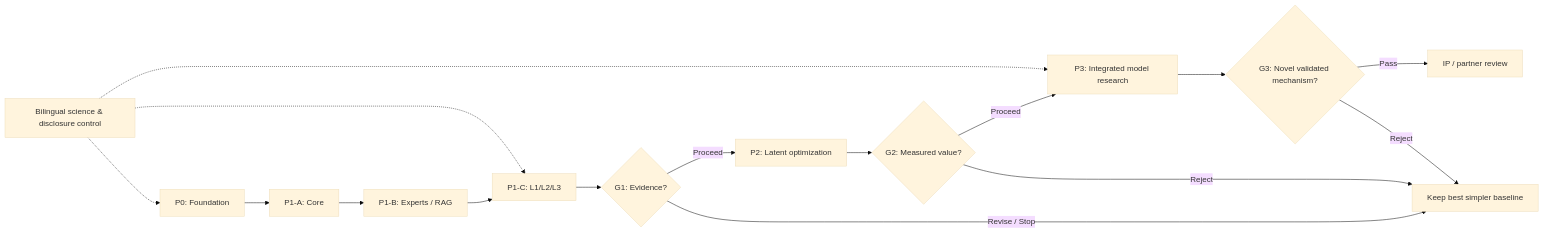
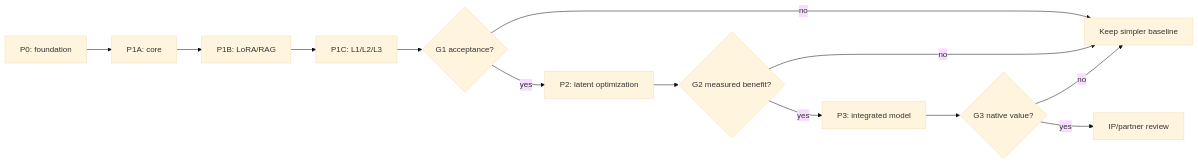
Before and after one commit to khosravimm/dec-research: the diagram in docs/en/roadmap.md, drawn with Mermaid (base theme). The commit also changed other lines of this file and 7 other files, not shown here.

Commit message:
fix: restore verified UTF-8 Persian roadmap and link 35 GitHub issues

````diff
--- a/docs/en/roadmap.md
+++ b/docs/en/roadmap.md
@@ -40,18 +36,15 @@
 ```mermaid
 flowchart LR
-    P0["P0: Foundation"] --> P1A["P1-A: Core"]
-    P1A --> P1B["P1-B: Experts / RAG"]
-    P1B --> P1C["P1-C: L1/L2/L3"]
-    P1C --> G1{"G1: Evidence?"}
-    G1 -->|Proceed| P2["P2: Latent optimization"]
-    G1 -->|Revise / Stop| SIMPLE["Keep best simpler baseline"]
-    P2 --> G2{"G2: Measured value?"}
-    G2 -->|Proceed| P3["P3: Integrated model research"]
-    G2 -->|Reject| SIMPLE
-    P3 --> G3{"G3: Novel validated mechanism?"}
-    G3 -->|Pass| REVIEW["IP / partner review"]
-    G3 -->|Reject| SIMPLE
-    PUB["Bilingual science & disclosure control"] -.-> P0
-    PUB -.-> P1C
-    PUB -.-> P3
+ A["P0: foundation"] --> B["P1A: core"]
+ B --> C["P1B: LoRA/RAG"]
+ C --> D["P1C: L1/L2/L3"]
+ D --> G1{"G1 acceptance?"}
+ G1 -->|yes| E["P2: latent optimization"]
+ G1 -->|no| X["Keep simpler baseline"]
+ E --> G2{"G2 measured benefit?"}
+ G2 -->|yes| F["P3: integrated model"]
+ G2 -->|no| X
+ F --> G3{"G3 native value?"}
+ G3 -->|no| X
+ G3 -->|yes| IP["IP/partner review"]
 ```
````
